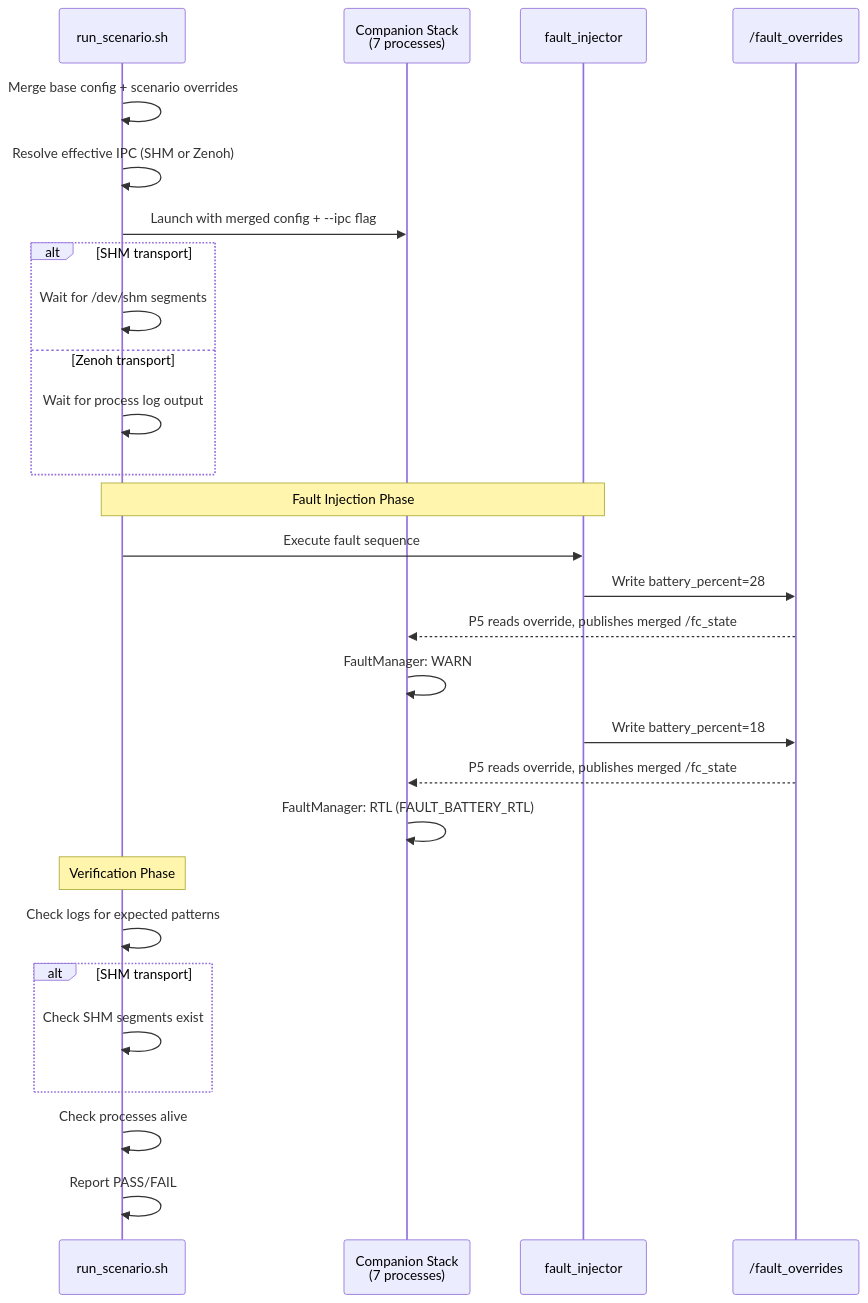
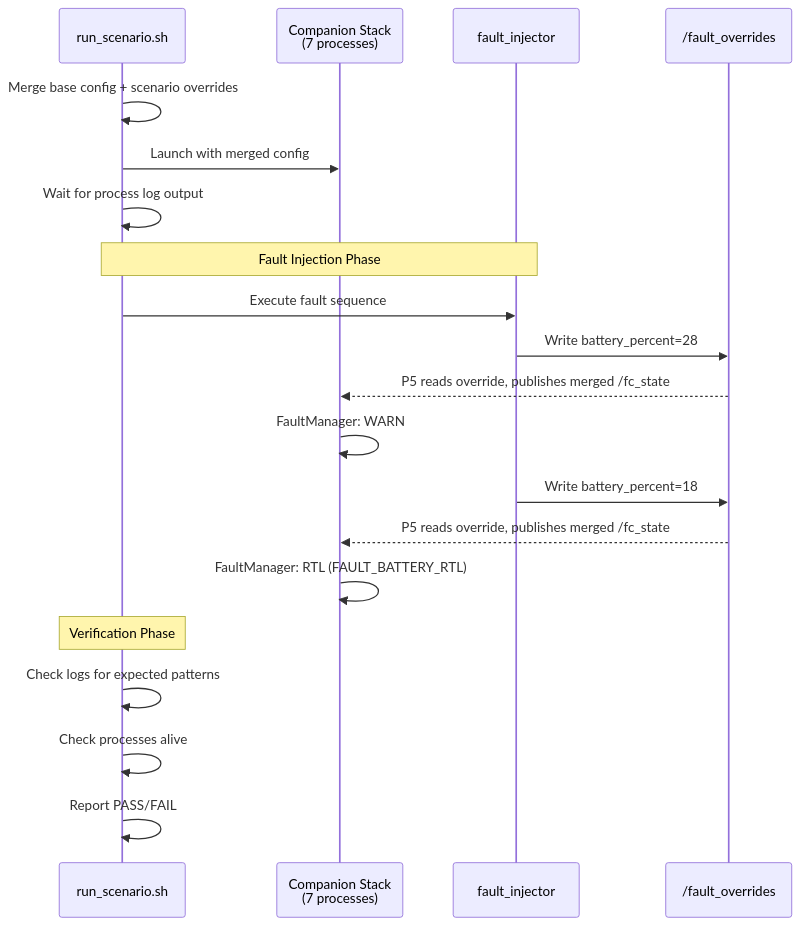
One commit to nmohamaya/companion_software_stack changed the third of 3 diagrams in docs/SIMULATION_ARCHITECTURE.md. Above: the diagram before and after it, drawn with Mermaid. The commit also changed other lines of this file and 3 other files, not shown here.

First line of the commit message:
docs: update CI_SETUP, ipc_design, SIMULATION_ARCHITECTURE, ROADMAP for Zenoh-only reality

````diff
--- a/docs/SIMULATION_ARCHITECTURE.md
+++ b/docs/SIMULATION_ARCHITECTURE.md
@@ -468,37 +462,29 @@
 ```mermaid
 sequenceDiagram
     participant Runner as run_scenario.sh
     participant Stack as Companion Stack<br/>(7 processes)
     participant FI as fault_injector
     participant FO as /fault_overrides
 
     Runner->>Runner: Merge base config + scenario overrides
-    Runner->>Runner: Resolve effective IPC (SHM or Zenoh)
-    Runner->>Stack: Launch with merged config + --ipc flag
+    Runner->>Stack: Launch with merged config
 
-    alt SHM transport
-        Runner->>Runner: Wait for /dev/shm segments
-    else Zenoh transport
-        Runner->>Runner: Wait for process log output
-    end
+    Runner->>Runner: Wait for process log output
 
     Note over Runner,FI: Fault Injection Phase
 
     Runner->>FI: Execute fault sequence
     FI->>FO: Write battery_percent=28
     FO-->>Stack: P5 reads override, publishes merged /fc_state
     Stack->>Stack: FaultManager: WARN
 
     FI->>FO: Write battery_percent=18
     FO-->>Stack: P5 reads override, publishes merged /fc_state
     Stack->>Stack: FaultManager: RTL (FAULT_BATTERY_RTL)
 
     Note over Runner: Verification Phase
 
     Runner->>Runner: Check logs for expected patterns
-    alt SHM transport
-        Runner->>Runner: Check SHM segments exist
-    end
     Runner->>Runner: Check processes alive
     Runner->>Runner: Report PASS/FAIL
 ```
````
